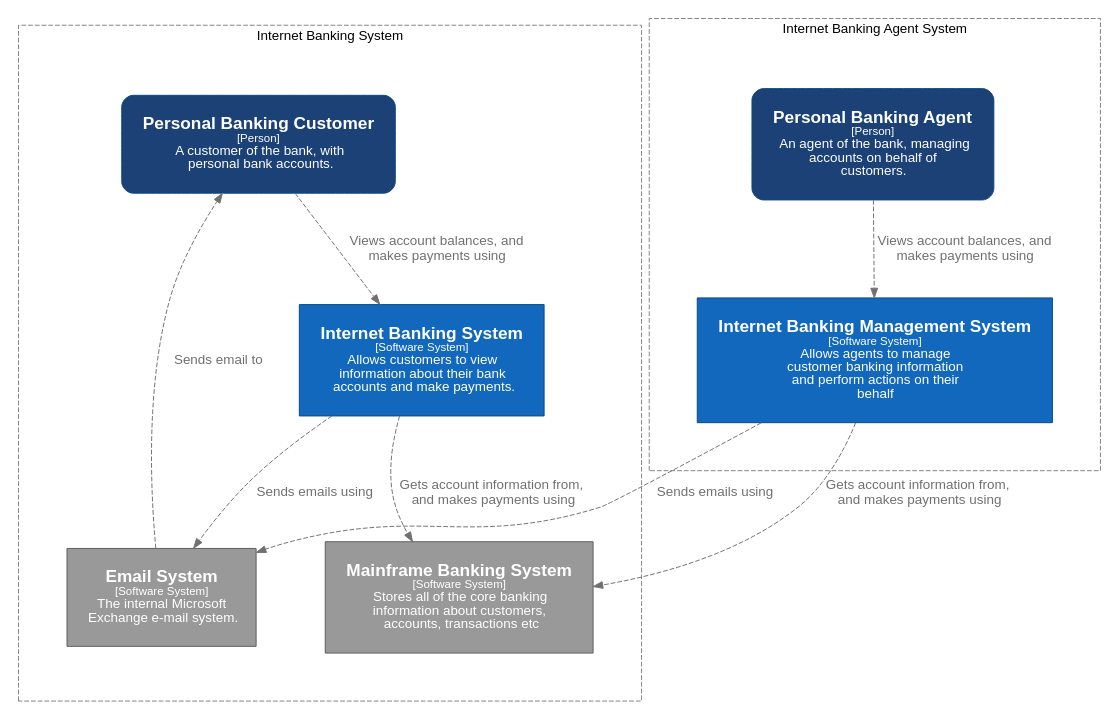
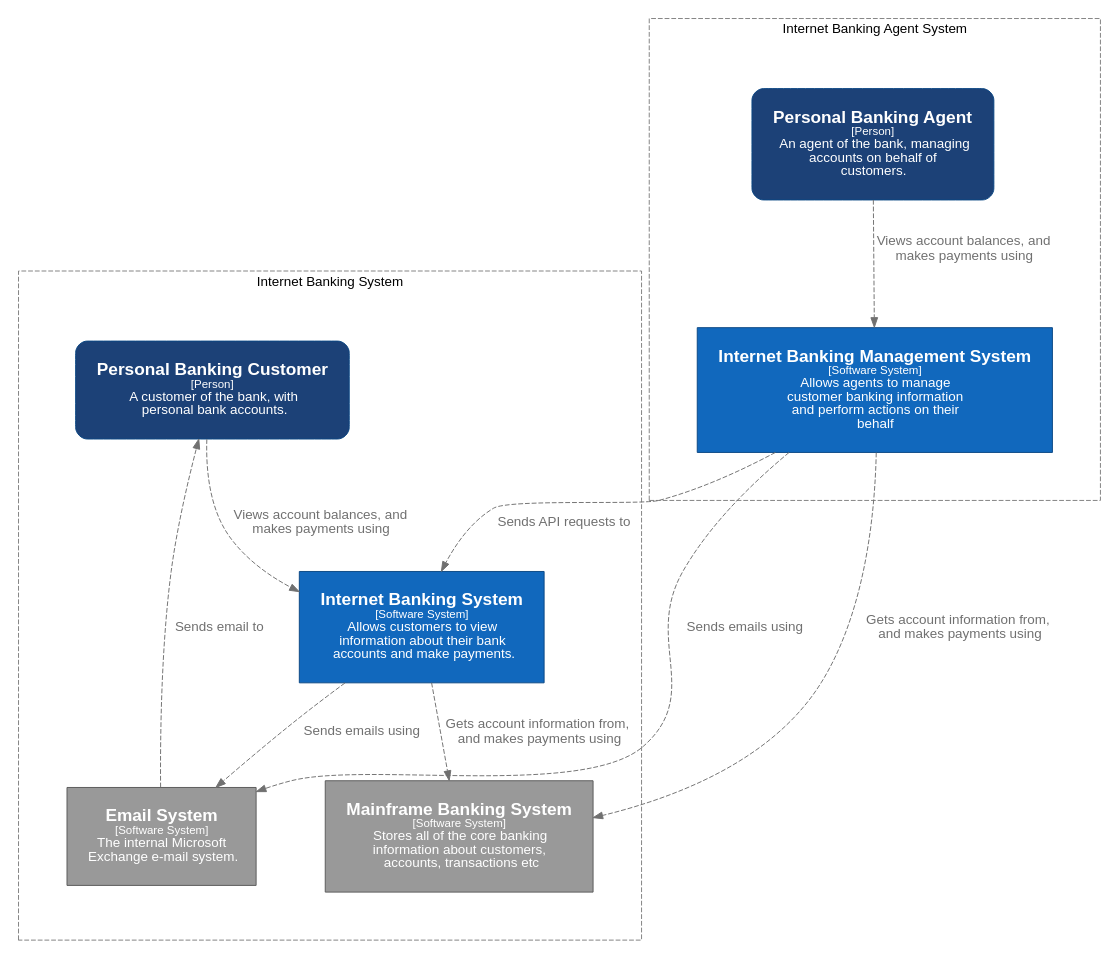
The diagram in packages/graphviz/src/__stubs__/workspace.c1.dot (c4mjs/c4mjs), drawn with Graphviz before and after one commit. The commit also changed 10 other files, not shown here.

```diff
--- a/packages/graphviz/src/__stubs__/workspace.c1.dot
+++ b/packages/graphviz/src/__stubs__/workspace.c1.dot
@@ -1,87 +1,88 @@
 digraph {
     compound=true
     graph [fontname="Arial", rankdir=TB, ranksep=1.0, nodesep=1.0]
     node [fontname="Arial", shape=box, margin="0.3,0.3"]
     edge [fontname="Arial"]
 
     subgraph cluster_internetBanking {
         label = "Internet Banking System"
         style = "dashed"
         color = "grey"
         margin="50,50"
         
         internetBanking__customer [
         id="internetBanking__customer",
         shape="rectangle",
         label=<<font point-size="18"><b>Personal Banking Customer</b></font><br /><font point-size="12">[Person]</font><br /><font point-size="14">  A customer of the bank, with <br />personal bank accounts.</font>>,
         style="filled,rounded",
         color="#0b4884",
         fillcolor="#1C4177",
         fontcolor="#ffffff"
     ]
 internetBanking__internetBankingSystem [
         id="internetBanking__internetBankingSystem",
         shape="rectangle",
         label=<<font point-size="18"><b>Internet Banking System</b></font><br /><font point-size="12">[Software System]</font><br /><font point-size="14">  Allows customers to view <br />information about their bank <br />accounts and make payments.</font>>,
         style="filled",
         color="#0b4884",
         fillcolor="#1168bd",
         fontcolor="#ffffff"
     ]
-internetBanking__emailSystem [
-        id="internetBanking__emailSystem",
+internetBanking__mainframeBankingSystem [
+        id="internetBanking__mainframeBankingSystem",
         shape="rectangle",
-        label=<<font point-size="18"><b>Email System</b></font><br /><font point-size="12">[Software System]</font><br /><font point-size="14">  The internal Microsoft <br />Exchange e-mail system.</font>>,
+        label=<<font point-size="18"><b>Mainframe Banking System</b></font><br /><font point-size="12">[Software System]</font><br /><font point-size="14">  Stores all of the core banking <br />information about customers, <br />accounts, transactions etc</font>>,
         style="filled",
         color="#5a5a5a",
         fillcolor="#999999",
         fontcolor="#ffffff"
     ]
-internetBanking__mainframeBankingSystem [
-        id="internetBanking__mainframeBankingSystem",
+internetBanking__emailSystem [
+        id="internetBanking__emailSystem",
         shape="rectangle",
-        label=<<font point-size="18"><b>Mainframe Banking System</b></font><br /><font point-size="12">[Software System]</font><br /><font point-size="14">  Stores all of the core banking <br />information about customers, <br />accounts, transactions etc</font>>,
+        label=<<font point-size="18"><b>Email System</b></font><br /><font point-size="12">[Software System]</font><br /><font point-size="14">  The internal Microsoft <br />Exchange e-mail system.</font>>,
         style="filled",
         color="#5a5a5a",
         fillcolor="#999999",
         fontcolor="#ffffff"
     ]
         
     }
 
 subgraph cluster_internetBankingAgent {
         label = "Internet Banking Agent System"
         style = "dashed"
         color = "grey"
         margin="50,50"
         
         internetBankingAgent__agent [
         id="internetBankingAgent__agent",
         shape="rectangle",
         label=<<font point-size="18"><b>Personal Banking Agent</b></font><br /><font point-size="12">[Person]</font><br /><font point-size="14">  An agent of the bank, managing <br />accounts on behalf of <br />customers.</font>>,
         style="filled,rounded",
         color="#0b4884",
         fillcolor="#1C4177",
         fontcolor="#ffffff"
     ]
 internetBankingAgent__internetBankingManagementSystem [
         id="internetBankingAgent__internetBankingManagementSystem",
         shape="rectangle",
         label=<<font point-size="18"><b>Internet Banking Management System</b></font><br /><font point-size="12">[Software System]</font><br /><font point-size="14">  Allows agents to manage <br />customer banking information <br />and perform actions on their <br />behalf</font>>,
         style="filled",
         color="#0b4884",
         fillcolor="#1168bd",
         fontcolor="#ffffff"
     ]
         
     }
 
-internetBankingAgent__internetBankingManagementSystem -> internetBanking__emailSystem [ id="100000", label=<<font point-size="14">  Sends emails using</font>>, style="dashed", color="#707070", fontcolor="#707070" ]
+internetBankingAgent__internetBankingManagementSystem -> internetBanking__internetBankingSystem [ id="100001", label=<<font point-size="14">  Sends API requests to</font>>, style="dashed", color="#707070", fontcolor="#707070" ]
 internetBankingAgent__internetBankingManagementSystem -> internetBanking__mainframeBankingSystem [ id="100002", label=<<font point-size="14">  Gets account information from, <br />and makes payments using</font>>, style="dashed", color="#707070", fontcolor="#707070" ]
-internetBankingAgent__agent -> internetBankingAgent__internetBankingManagementSystem [ id="100003", label=<<font point-size="14">  Views account balances, and <br />makes payments using</font>>, style="dashed", color="#707070", fontcolor="#707070" ]
-internetBanking__emailSystem -> internetBanking__customer [ id="100004", label=<<font point-size="14">  Sends email to</font>>, style="dashed", color="#707070", fontcolor="#707070" ]
-internetBanking__internetBankingSystem -> internetBanking__mainframeBankingSystem [ id="100008", label=<<font point-size="14">  Gets account information from, <br />and makes payments using</font>>, style="dashed", color="#707070", fontcolor="#707070" ]
-internetBanking__internetBankingSystem -> internetBanking__emailSystem [ id="100010", label=<<font point-size="14">  Sends emails using</font>>, style="dashed", color="#707070", fontcolor="#707070" ]
-internetBanking__customer -> internetBanking__internetBankingSystem [ id="100016", label=<<font point-size="14">  Views account balances, and <br />makes payments using</font>>, style="dashed", color="#707070", fontcolor="#707070" ]
+internetBankingAgent__internetBankingManagementSystem -> internetBanking__emailSystem [ id="100003", label=<<font point-size="14">  Sends emails using</font>>, style="dashed", color="#707070", fontcolor="#707070" ]
+internetBanking__customer -> internetBanking__internetBankingSystem [ id="100004", label=<<font point-size="14">  Views account balances, and <br />makes payments using</font>>, style="dashed", color="#707070", fontcolor="#707070" ]
+internetBankingAgent__agent -> internetBankingAgent__internetBankingManagementSystem [ id="100005", label=<<font point-size="14">  Views account balances, and <br />makes payments using</font>>, style="dashed", color="#707070", fontcolor="#707070" ]
+internetBanking__emailSystem -> internetBanking__customer [ id="100006", label=<<font point-size="14">  Sends email to</font>>, style="dashed", color="#707070", fontcolor="#707070" ]
+internetBanking__internetBankingSystem -> internetBanking__mainframeBankingSystem [ id="100011", label=<<font point-size="14">  Gets account information from, <br />and makes payments using</font>>, style="dashed", color="#707070", fontcolor="#707070" ]
+internetBanking__internetBankingSystem -> internetBanking__emailSystem [ id="100014", label=<<font point-size="14">  Sends emails using</font>>, style="dashed", color="#707070", fontcolor="#707070" ]
      
 }
```
